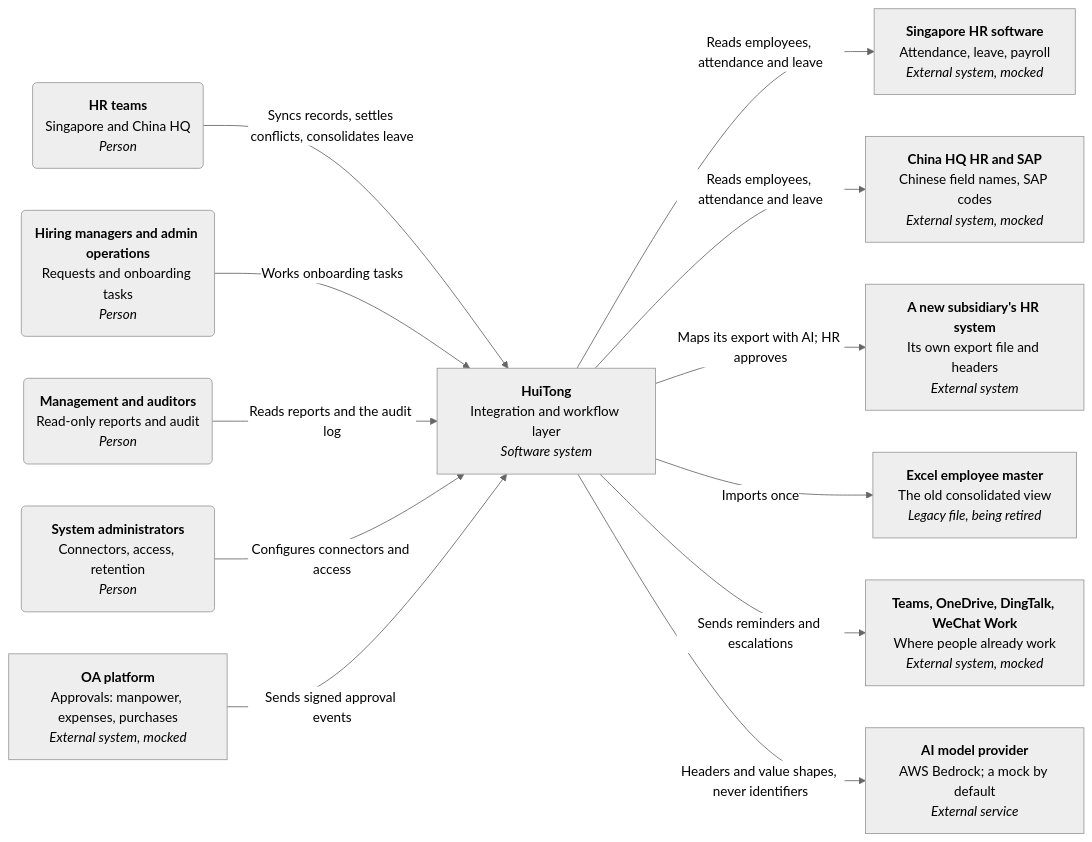
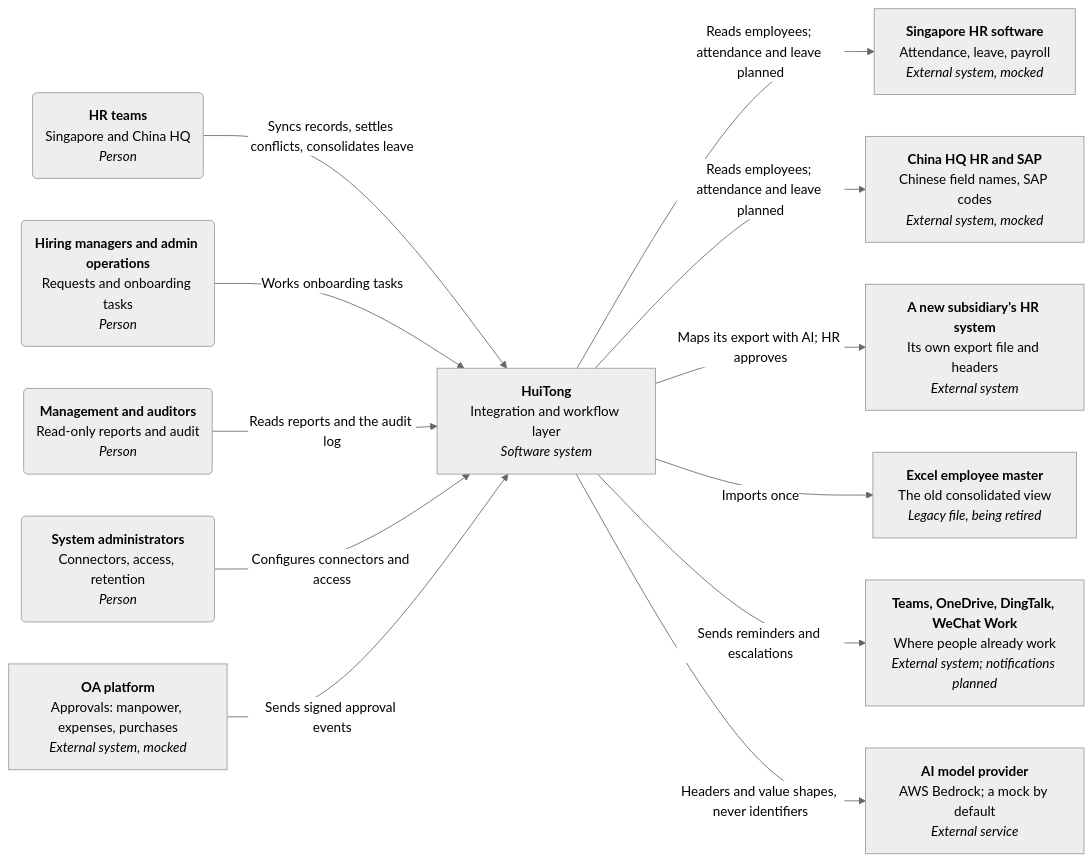
Before and after one commit to xiu2809xiu-rgb/sccci-innovation-project: the diagram in docs/diagrams/system-context.mmd, drawn with Mermaid (neutral theme). The commit also changed 7 other files, not shown here.

First line of the commit message:
docs(diagrams): the systems today and with HuiTong

```diff
--- a/docs/diagrams/system-context.mmd
+++ b/docs/diagrams/system-context.mmd
@@ -1,53 +1,53 @@
 %% C4 level 1, system context: who uses HuiTong, and the systems it connects.
 %% Arrows run from the side that starts the exchange; dashed boxes are mocks for the PoC.
 flowchart LR
   hr("`**HR teams**
 Singapore and China HQ
 _Person_`"):::person
   ops("`**Hiring managers and admin operations**
 Requests and onboarding tasks
 _Person_`"):::person
   mgmt("`**Management and auditors**
 Read-only reports and audit
 _Person_`"):::person
   admin("`**System administrators**
 Connectors, access, retention
 _Person_`"):::person
 
   huitong["`**HuiTong**
 Integration and workflow layer
 _Software system_`"]:::system
 
   oa["`**OA platform**
 Approvals: manpower, expenses, purchases
 _External system, mocked_`"]:::mock
   sghr["`**Singapore HR software**
 Attendance, leave, payroll
 _External system, mocked_`"]:::mock
   cnhq["`**China HQ HR and SAP**
 Chinese field names, SAP codes
 _External system, mocked_`"]:::mock
   newsub["`**A new subsidiary's HR system**
 Its own export file and headers
 _External system_`"]:::external
   excel["`**Excel employee master**
 The old consolidated view
 _Legacy file, being retired_`"]:::planned
   collab["`**Teams, OneDrive, DingTalk, WeChat Work**
 Where people already work
-_External system, mocked_`"]:::mock
+_External system; notifications planned_`"]:::planned
   ai["`**AI model provider**
 AWS Bedrock; a mock by default
 _External service_`"]:::external
 
   hr -->|"Syncs records, settles conflicts, consolidates leave"| huitong
   ops -->|"Works onboarding tasks"| huitong
   mgmt -->|"Reads reports and the audit log"| huitong
   admin -->|"Configures connectors and access"| huitong
   oa -->|"Sends signed approval events"| huitong
-  huitong -->|"Reads employees, attendance and leave"| sghr
-  huitong -->|"Reads employees, attendance and leave"| cnhq
+  huitong -->|"Reads employees; attendance and leave planned"| sghr
+  huitong -->|"Reads employees; attendance and leave planned"| cnhq
   huitong -->|"Maps its export with AI; HR approves"| newsub
   huitong -->|"Imports once"| excel
   huitong -->|"Sends reminders and escalations"| collab
   huitong -->|"Headers and value shapes, never identifiers"| ai
```
